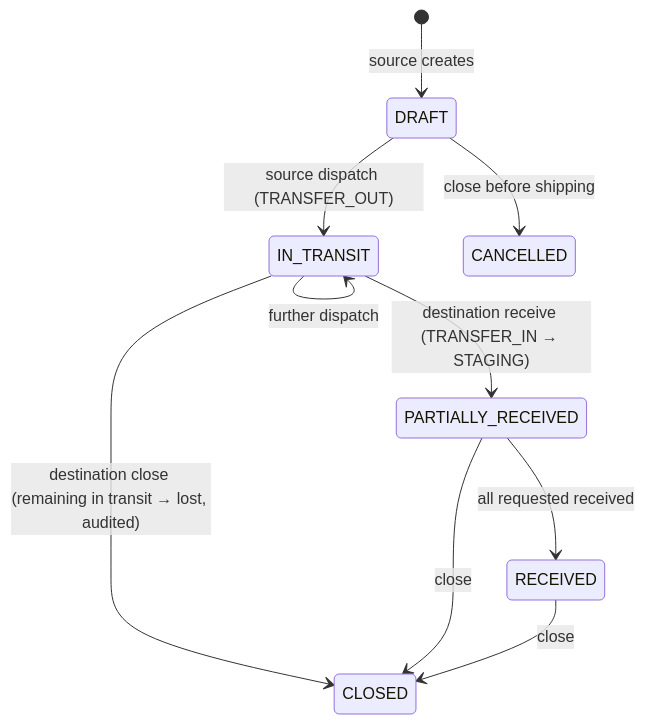
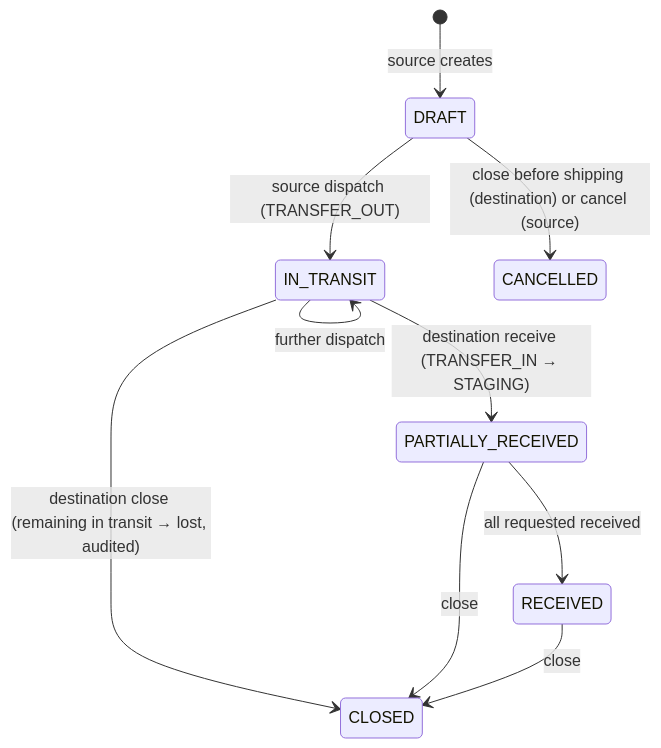
The third of 4 diagrams in docs/WMS_STATE_MACHINES.md (DavidVilela1/autolemon-erp), drawn with Mermaid before and after one commit. The commit also changed other lines of this file and 91 other files, not shown here.

````diff
--- a/docs/WMS_STATE_MACHINES.md
+++ b/docs/WMS_STATE_MACHINES.md
@@ -73,12 +81,12 @@
 ```mermaid
 stateDiagram-v2
   [*] --> DRAFT: source creates
   DRAFT --> IN_TRANSIT: source dispatch (TRANSFER_OUT)
   IN_TRANSIT --> IN_TRANSIT: further dispatch
   IN_TRANSIT --> PARTIALLY_RECEIVED: destination receive (TRANSFER_IN → STAGING)
   PARTIALLY_RECEIVED --> RECEIVED: all requested received
   IN_TRANSIT --> CLOSED: destination close (remaining in transit → lost, audited)
   PARTIALLY_RECEIVED --> CLOSED: close
   RECEIVED --> CLOSED: close
-  DRAFT --> CANCELLED: close before shipping
+  DRAFT --> CANCELLED: close before shipping (destination) or cancel (source)
 ```
````
